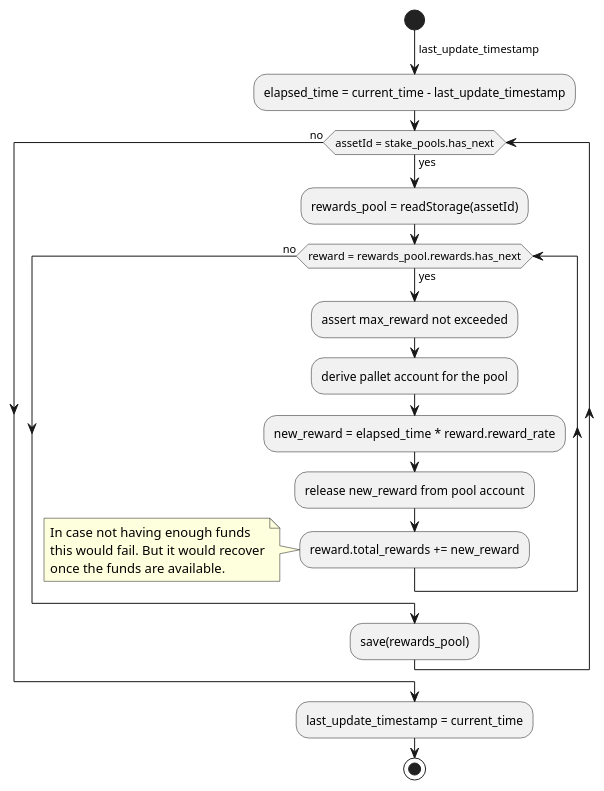
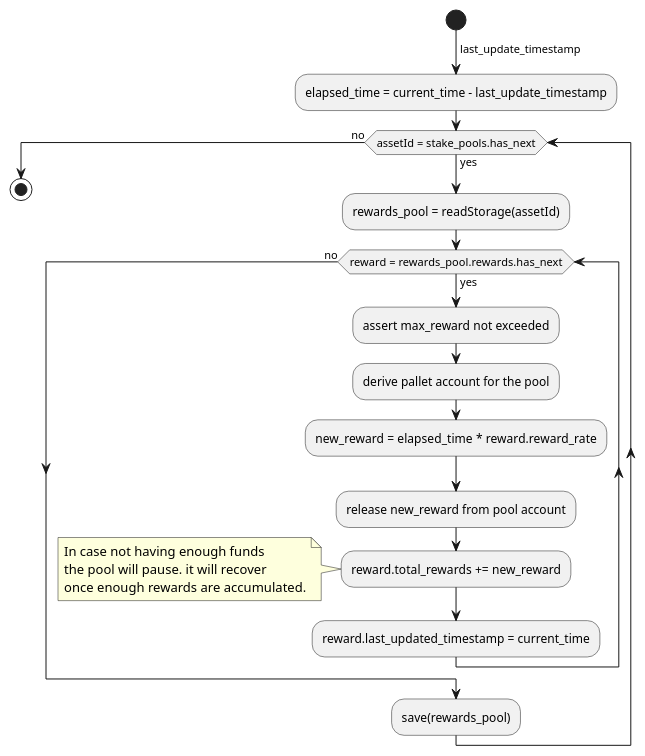
The tenth of 11 diagrams in rfcs/0005-pablo-distribution-assets/0005-pablo-distribution.adoc (ComposableFi/composable), drawn with PlantUML before and after one commit. The commit also changed other lines of this file and 8 other files, not shown here.

Commit message:
pablo & staking rewards rfc review. Updated diagrams for staking, extend position, unstake, update reward pool, reward accumulation hook, split position, claim. Fixed the links

```diff
--- a/rfcs/0005-pablo-distribution-assets/0005-pablo-distribution.adoc
+++ b/rfcs/0005-pablo-distribution-assets/0005-pablo-distribution.adoc
@@ -548,24 +544,25 @@
 [plantuml,images/staking-rewards-reward-accumulation-hook,png]
 ----
 start
 ->last_update_timestamp;
 :elapsed_time = current_time - last_update_timestamp;
 while (assetId = stake_pools.has_next) is (yes)
     :rewards_pool = readStorage(assetId);
     while (reward = rewards_pool.rewards.has_next) is (yes)
         :assert max_reward not exceeded;
         :derive pallet account for the pool;
         :new_reward = elapsed_time * reward.reward_rate;
         :release new_reward from pool account;
         :reward.total_rewards += new_reward;
         note left
             In case not having enough funds
-            this would fail. But it would recover
-            once the funds are available.
+            the pool will pause. it will recover
+            once enough rewards are accumulated.
         endnote
+        :reward.last_updated_timestamp = current_time;
     endwhile (no)
     :save(rewards_pool);
 endwhile (no)
-:last_update_timestamp = current_time;
+
 stop
 ----
```
